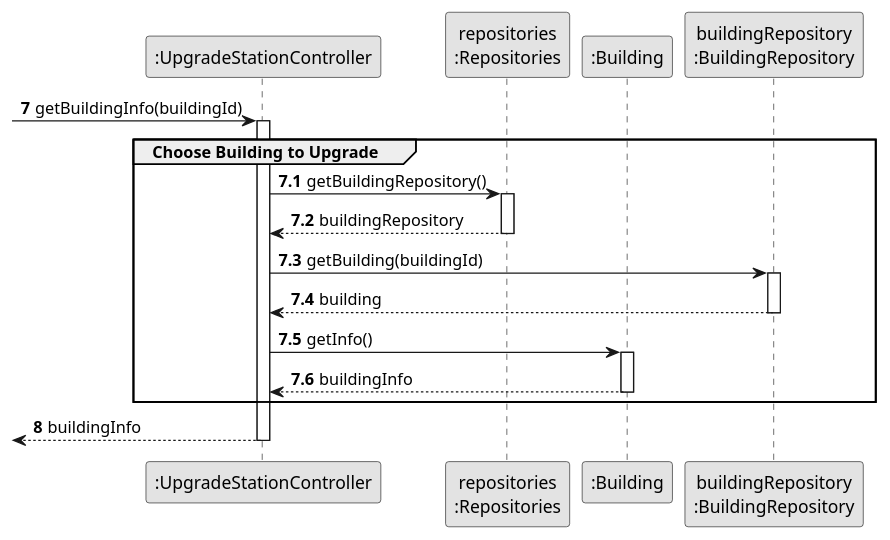
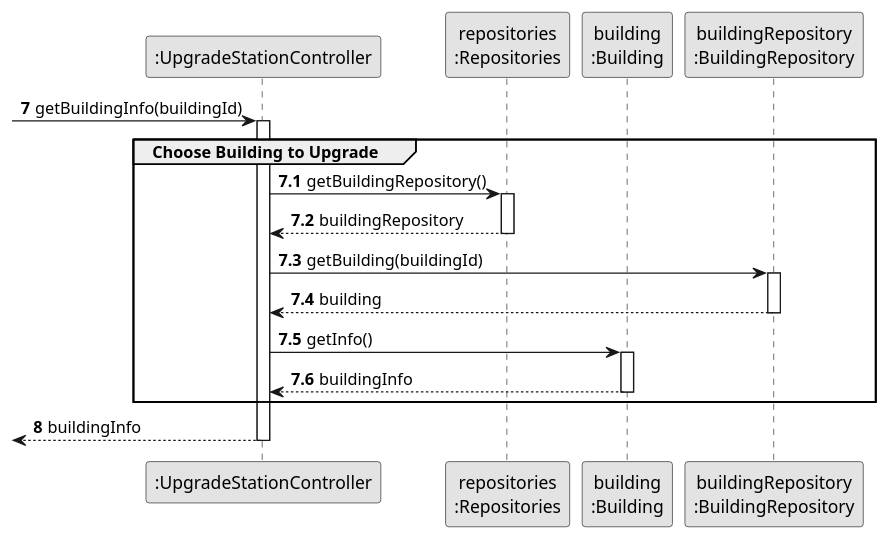
The diagram in docs/system-documentation/Sprint 2/US06/03.design/puml/US06-SD-chooses-building-upgrade.puml (HenriqueSilva18/Railway-Network-Simulator), drawn with PlantUML before and after one commit. The commit also changed 9 other files, not shown here.

```diff
--- a/docs/system-documentation/Sprint 2/US06/03.design/puml/US06-SD-chooses-building-upgrade.puml
+++ b/docs/system-documentation/Sprint 2/US06/03.design/puml/US06-SD-chooses-building-upgrade.puml
@@ -1,35 +1,35 @@
 @startuml
 skinparam monochrome true
 skinparam packageStyle rectangle
 skinparam shadowing false
 
 autonumber 7
 
 participant ":UpgradeStationController" as CTRL
 participant "repositories\n:Repositories" as REPOS_SINGLETON
-participant ":Building" as building
+participant "building\n:Building" as building
 participant "buildingRepository\n:BuildingRepository" as REPOS_BUILDING
 
 -> CTRL: getBuildingInfo(buildingId)
 activate CTRL
     group Choose Building to Upgrade
     autonumber 7.1
             CTRL -> REPOS_SINGLETON: getBuildingRepository()
                 activate REPOS_SINGLETON
                     REPOS_SINGLETON --> CTRL: buildingRepository
                 deactivate REPOS_SINGLETON
 
             CTRL -> REPOS_BUILDING: getBuilding(buildingId)
                 activate REPOS_BUILDING
                     REPOS_BUILDING --> CTRL: building
                 deactivate REPOS_BUILDING
 
             CTRL -> building: getInfo()
                 activate building
                 building --> CTRL: buildingInfo
                 deactivate building
     autonumber 8
     end
     <-- CTRL: buildingInfo
 deactivate CTRL
 @enduml
```
